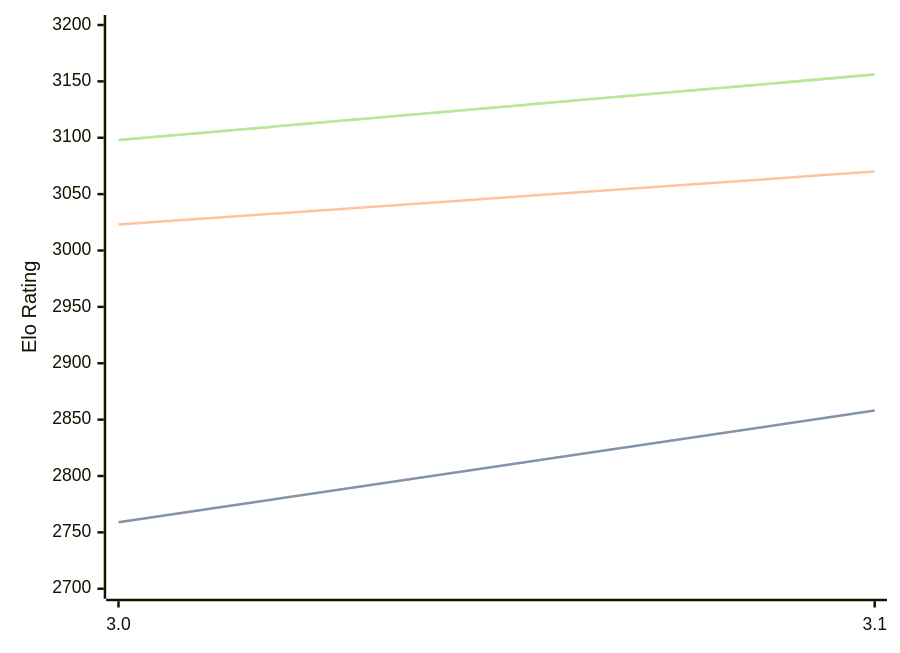
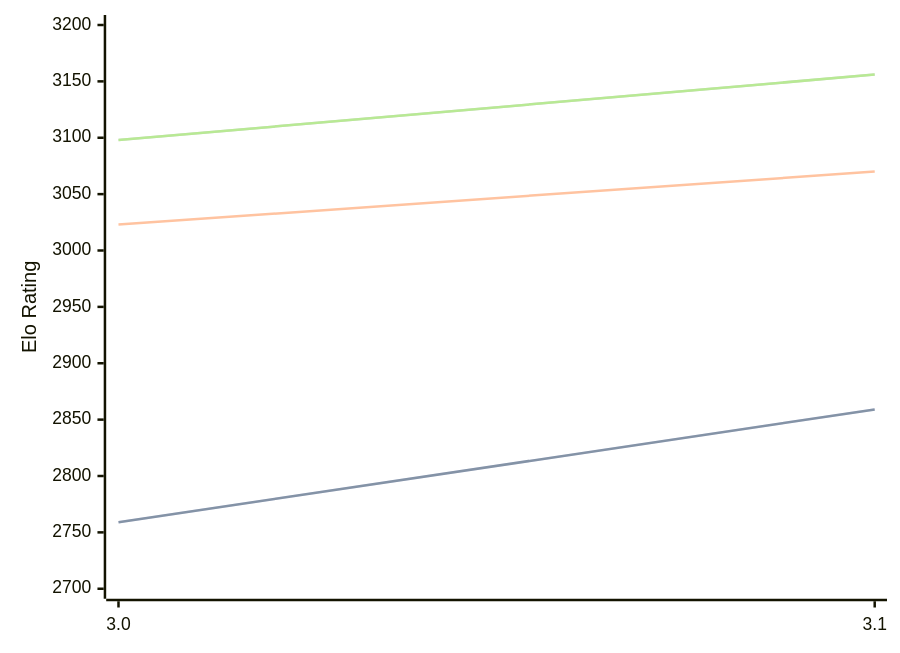
The diagram in engines/Vajolet2.md (computer-chess-index/cci), drawn with Mermaid before and after one commit. The commit also changed other lines of this file, not shown here.

Commit message:
Update CCI Ratings (ELO VLTC) - 2026-04-12

````diff
--- a/engines/Vajolet2.md
+++ b/engines/Vajolet2.md
@@ -40,11 +40,11 @@
 ```mermaid
 %%{init: {"theme":"base","themeVariables":{"seriesColors:['#a3a3a3','#222221','#faa371']}}}%%
 xychart-beta
   x-axis ["3.0", "3.1"]
   y-axis "Elo Rating" 2700 --> 3200
-  line "STC (8.0+0.08s)" [2759, 2858]
-  line "STC (8.0+0.08s)" [2759, 2858]
+  line "STC (8.0+0.08s)" [2759, 2859]
+  line "STC (8.0+0.08s)" [2759, 2859]
   line "LTC (60.0+0.60s)" [3023, 3070]
   line "VLTC (2m24s+1.12s)" [3098, 3156]
   line "VLTC (2m24s+1.12s)" [3098, 3156]
 ```
````
